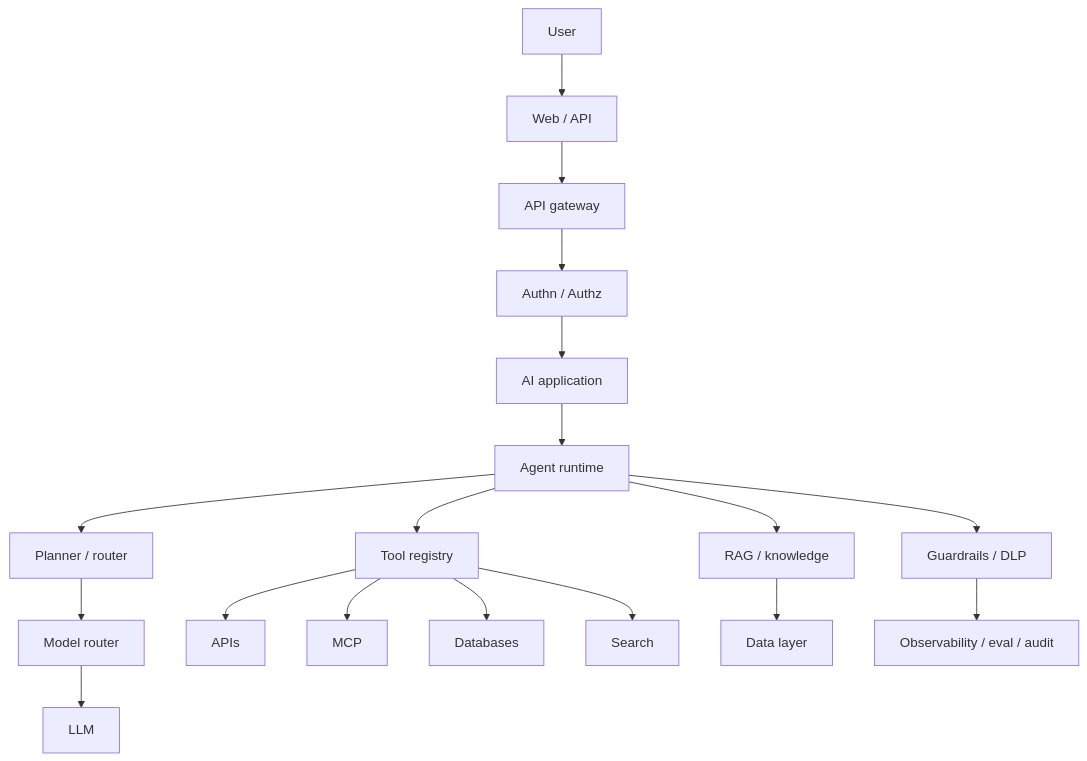
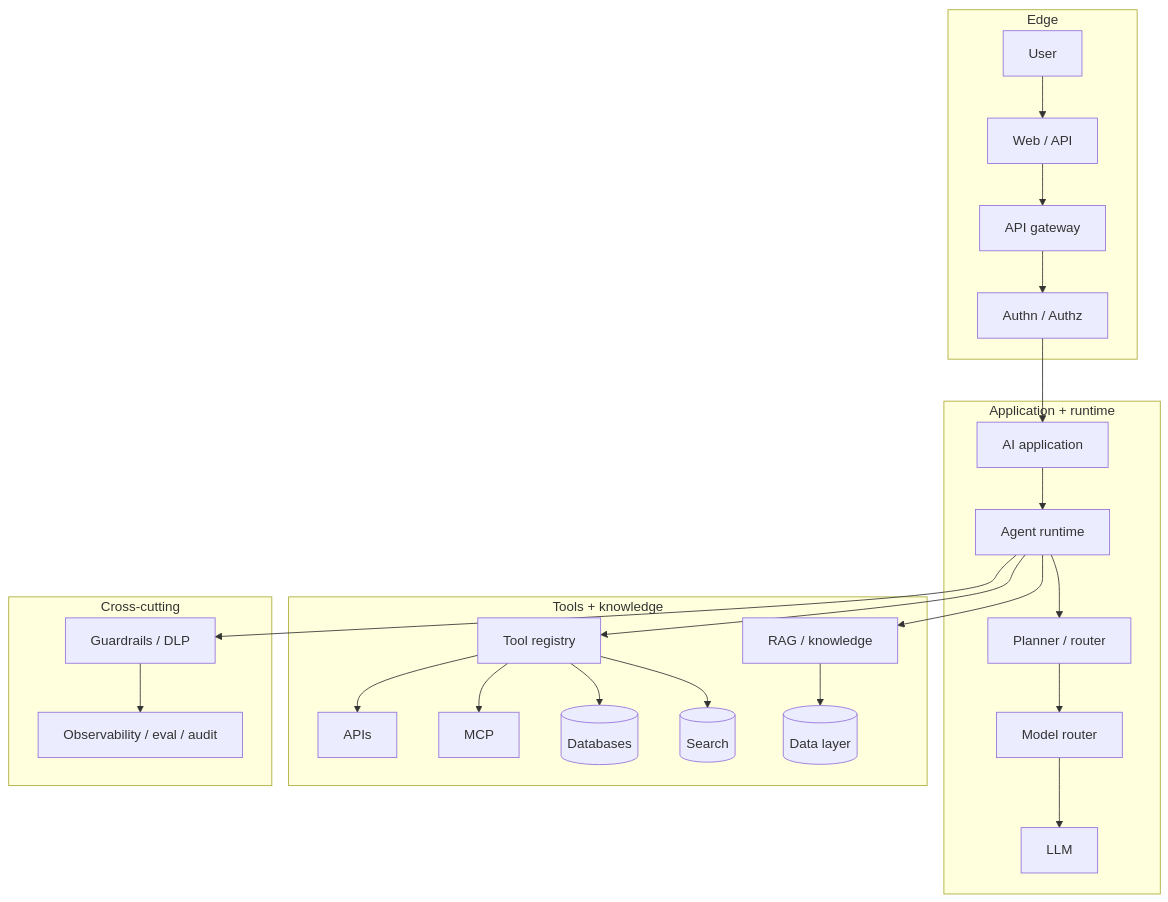
The diagram in 00-MASTER-MAP/reference-architecture.md (krishnaviswa/AiLearner), drawn with Mermaid before and after one commit. The commit also changed 109 other files, not shown here.

Commit message:
Enhance dependency graphs and styling across multiple HTML files. Added class definitions for various components to improve visual representation and organization. Updated flowcharts to include subgraphs for better clarity in the architecture and decision-making processes.

````diff
--- a/00-MASTER-MAP/reference-architecture.md
+++ b/00-MASTER-MAP/reference-architecture.md
@@ -41,20 +41,28 @@
 ```mermaid
 flowchart TB
-  U[User] --> FE[Web / API]
-  FE --> GW[API gateway]
-  GW --> IAM[Authn / Authz]
-  IAM --> APP[AI application]
-  APP --> RT[Agent runtime]
-  RT --> PR[Planner / router]
-  PR --> MR[Model router]
-  MR --> LLM[LLM]
-  RT --> TR[Tool registry]
-  TR --> API[APIs]
-  TR --> MCP[MCP]
-  TR --> DB[Databases]
-  TR --> SRCH[Search]
-  RT --> RAG[RAG / knowledge]
-  RAG --> DATA[Data layer]
-  RT --> GR[Guardrails / DLP]
-  GR --> OBS[Observability / eval / audit]
+  subgraph edge [Edge]
+    U[User] --> FE[Web / API]
+    FE --> GW[API gateway]
+    GW --> IAM[Authn / Authz]
+  end
+  subgraph app [Application + runtime]
+    IAM --> APP[AI application]
+    APP --> RT[Agent runtime]
+    RT --> PR[Planner / router]
+    PR --> MR[Model router]
+    MR --> LLM[LLM]
+  end
+  subgraph tools [Tools + knowledge]
+    RT --> TR[Tool registry]
+    TR --> API[APIs]
+    TR --> MCP[MCP]
+    TR --> DB[(Databases)]
+    TR --> SRCH[(Search)]
+    RT --> RAG[RAG / knowledge]
+    RAG --> DATA[(Data layer)]
+  end
+  subgraph cross [Cross-cutting]
+    RT --> GR[Guardrails / DLP]
+    GR --> OBS[Observability / eval / audit]
+  end
 ```
````
